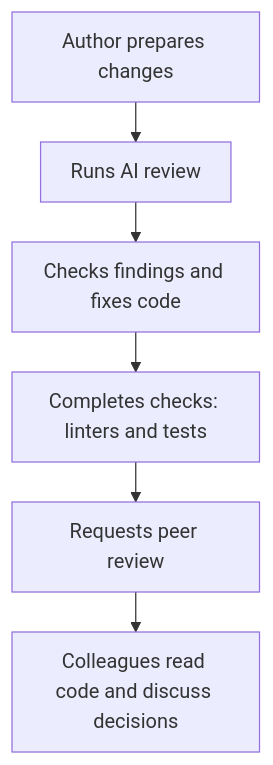
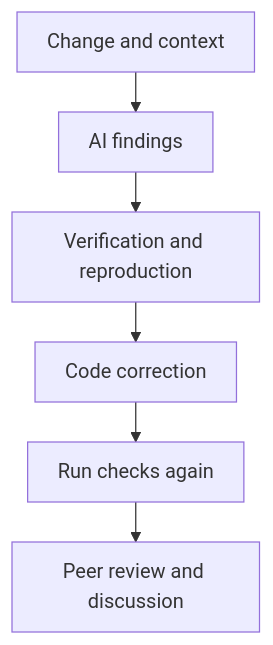
One commit to bedrock-python/bedrock-python.github.io changed the diagram in docs/blog/posts/2026-09-13-ai-code-review-should-not-be-fully-autonomous.md. Above: the diagram before and after it, drawn with Mermaid. The commit also changed other lines of this file and 15 other files, not shown here.

First line of the commit message:
Add warehouse stub and update blog post on AI code review oversight

````diff
--- a/docs/blog/posts/2026-09-13-ai-code-review-should-not-be-fully-autonomous.md
+++ b/docs/blog/posts/2026-09-13-ai-code-review-should-not-be-fully-autonomous.md
@@ -73,21 +133,21 @@
 ```mermaid
 ---
 config:
   theme: default
   look: classic
   flowchart:
     useMaxWidth: false
     wrappingWidth: 150
     padding: 12
     nodeSpacing: 24
     rankSpacing: 32
 ---
 flowchart TD
-    accTitle: AI checks before peer review
-    accDescr: The author runs AI review and assesses its findings before handing the MR to colleagues. The team reads the code and discusses decisions personally.
-    A["Author prepares changes"] --> B["Runs AI review"]
-    B --> C["Checks findings and fixes code"]
-    C --> D["Completes checks: linters and tests"]
-    D --> E["Requests peer review"]
-    E --> F["Colleagues read code and discuss decisions"]
+    accTitle: From a finding to a checked comment
+    accDescr: The author checks the finding, reproduces the failure and fixes the code. After another check, colleagues discuss the current change and application behavior.
+    A["Change and context"] --> B["AI findings"]
+    B --> C["Verification and reproduction"]
+    C --> D["Code correction"]
+    D --> E["Run checks again"]
+    E --> F["Peer review and discussion"]
 ```
````
